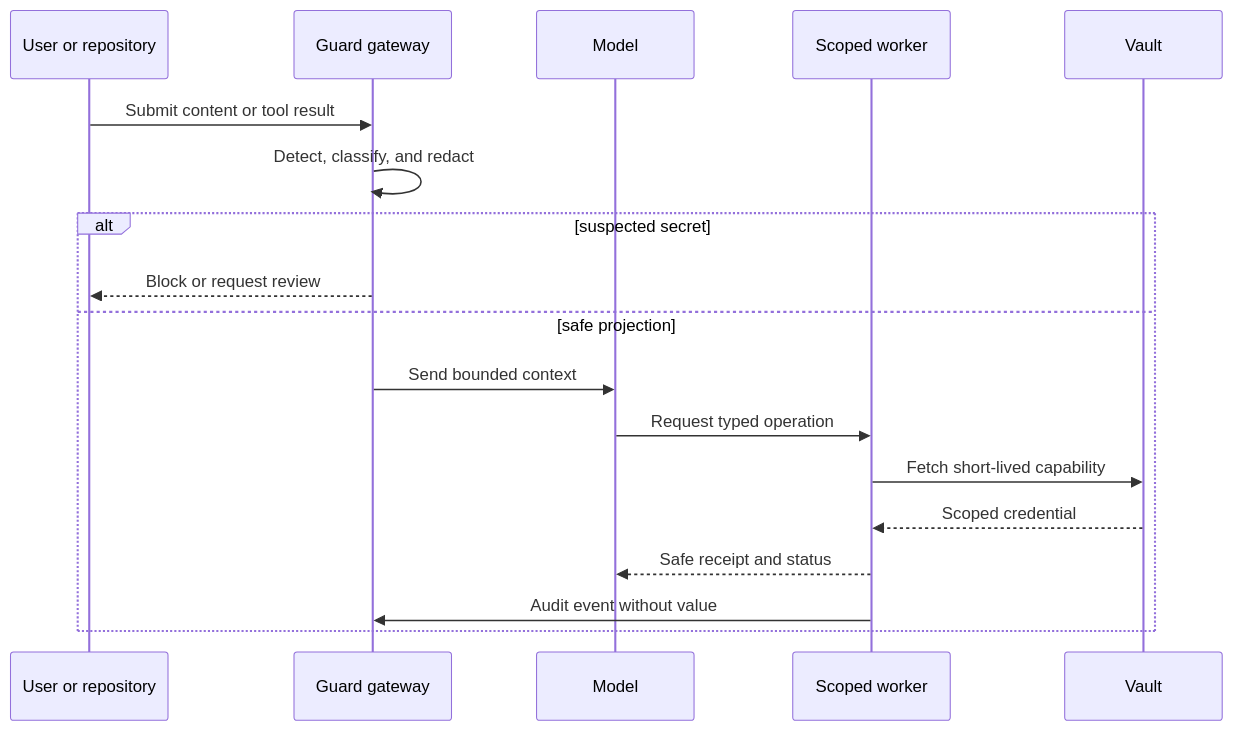
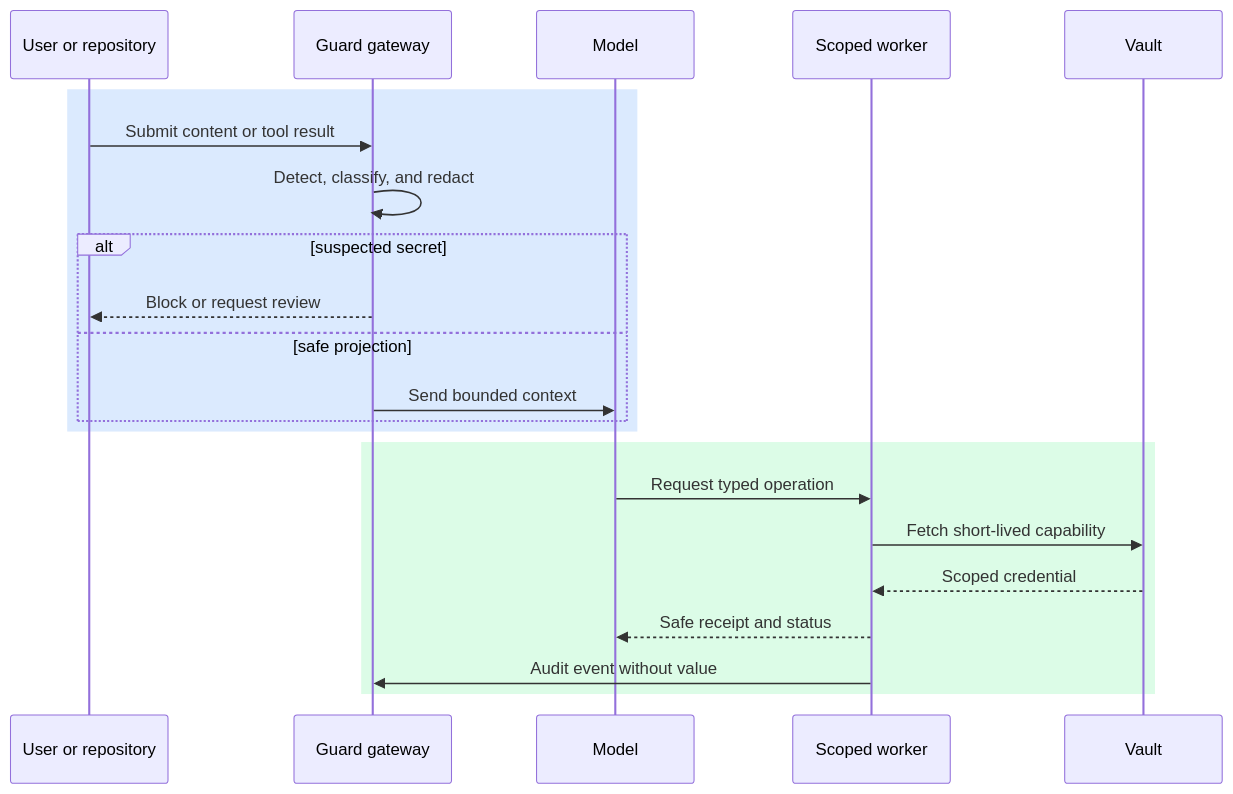
One commit to souradeepta/ai-monthly-concepts changed the second of 2 diagrams in months/2026-07/16-secret-scanning.md. Above: the diagram before and after it, drawn with Mermaid. The commit also changed 9 other files, not shown here.

````diff
--- a/months/2026-07/16-secret-scanning.md
+++ b/months/2026-07/16-secret-scanning.md
@@ -84,20 +84,24 @@
 ```mermaid
 sequenceDiagram
   participant U as User or repository
   participant G as Guard gateway
   participant M as Model
   participant W as Scoped worker
   participant V as Vault
-  U->>G: Submit content or tool result
-  G->>G: Detect, classify, and redact
-  alt suspected secret
-    G-->>U: Block or request review
-  else safe projection
-    G->>M: Send bounded context
+  rect rgb(219, 234, 254)
+    U->>G: Submit content or tool result
+    G->>G: Detect, classify, and redact
+    alt suspected secret
+      G-->>U: Block or request review
+    else safe projection
+      G->>M: Send bounded context
+    end
+  end
+  rect rgb(220, 252, 231)
     M->>W: Request typed operation
     W->>V: Fetch short-lived capability
     V-->>W: Scoped credential
     W-->>M: Safe receipt and status
     W->>G: Audit event without value
   end
 ```
````
